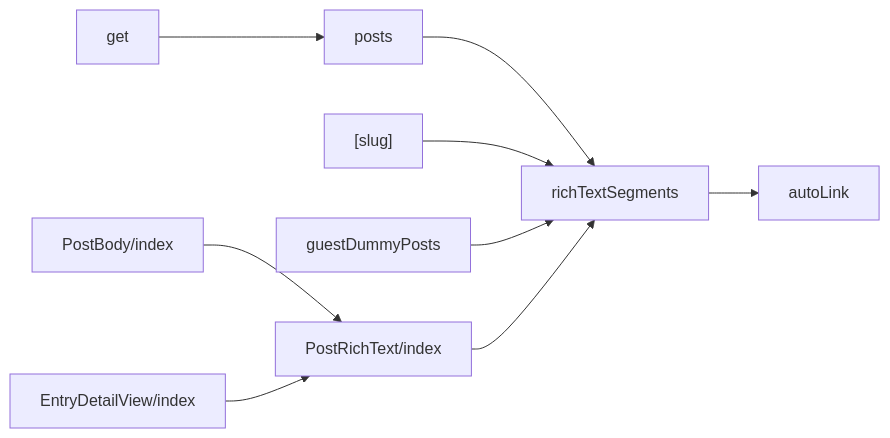
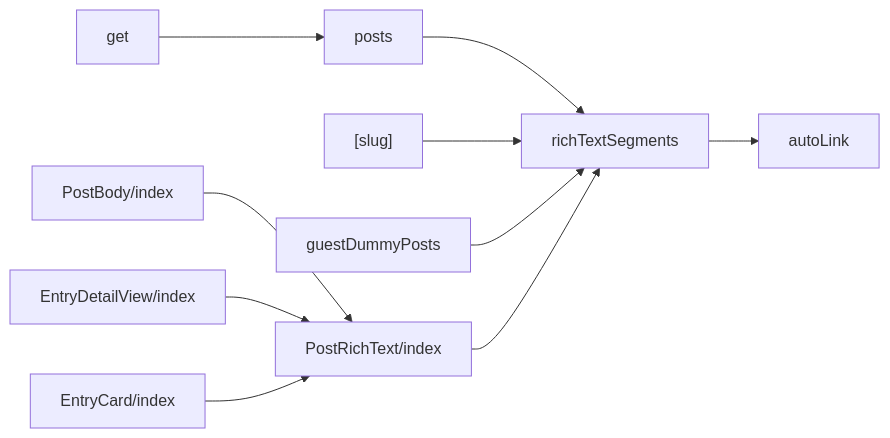
The first of 2 diagrams in specs/post-rich-text/design.md (nekono-dev/skyshare), drawn with Mermaid before and after one commit. The commit also changed other lines of this file and 11 other files, not shown here.

````diff
--- a/specs/post-rich-text/design.md
+++ b/specs/post-rich-text/design.md
@@ -21,11 +22,12 @@
 ```mermaid
 flowchart LR
   posts --> richTextSegments
   slug["[slug]"] --> richTextSegments
   guestDummyPosts --> richTextSegments
   pbi["PostBody/index"] --> prti["PostRichText/index"]
   prti --> richTextSegments
   richTextSegments --> autoLink
   edvi["EntryDetailView/index"] --> prti
+  ec["EntryCard/index"] --> prti
   get --> posts
 ```
````
